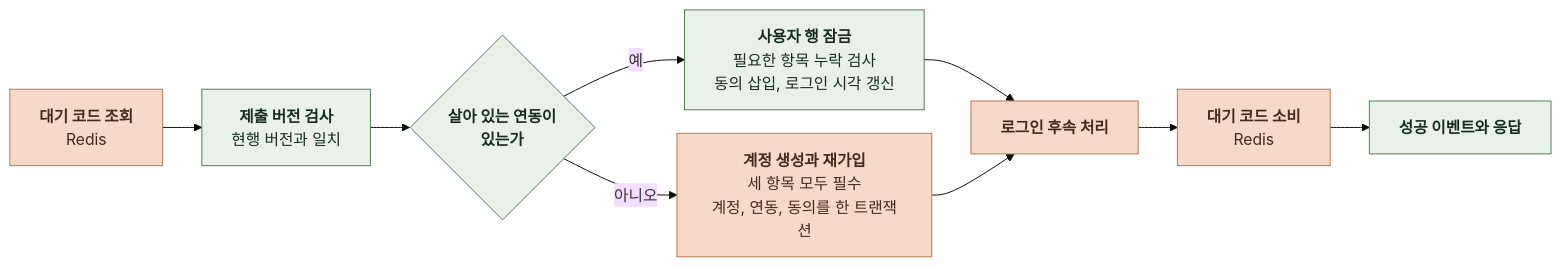
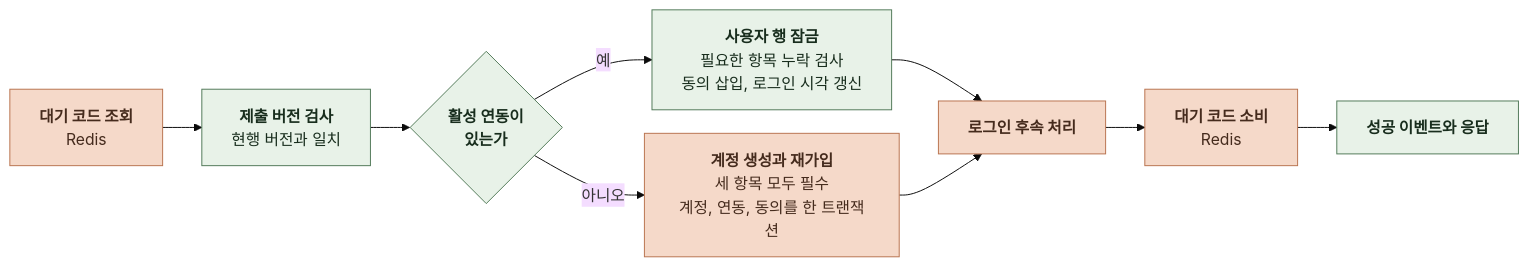
Before and after one commit to KIM-N-KANG/knk-harness: the second of 16 diagrams in docs/domain/ACCOUNT/BACKEND/4-1-PIPELINES.md, drawn with Mermaid (base theme). The commit also changed other lines of this file and 4 other files, not shown here.

````diff
--- a/docs/domain/ACCOUNT/BACKEND/4-1-PIPELINES.md
+++ b/docs/domain/ACCOUNT/BACKEND/4-1-PIPELINES.md
@@ -70,24 +70,24 @@
 ```mermaid
 %%{init: {"flowchart": {"curve": "basis", "nodeSpacing": 24, "rankSpacing": 40}}}%%
 flowchart LR
     A["`**대기 코드 조회**
 Redis`"] --> B["`**제출 버전 검사**
 현행 버전과 일치`"]
-    B --> C{"`**살아 있는 연동이
+    B --> C{"`**활성 연동이
 있는가**`"}
     C -->|예| D["`**사용자 행 잠금**
 필요한 항목 누락 검사
 동의 삽입, 로그인 시각 갱신`"]
     C -->|아니오| E["`**계정 생성과 재가입**
 세 항목 모두 필수
 계정, 연동, 동의를 한 트랜잭션`"]
     D --> F["`**로그인 후속 처리**`"]
     E --> F
     F --> G["`**대기 코드 소비**
 Redis`"]
     G --> H["`**성공 이벤트와 응답**`"]
     classDef comp fill:#E8F2E8,stroke:#527A59,color:#182D1D
     classDef task fill:#F5D9C9,stroke:#B97450,color:#452B1D
     class B,C,D,H comp
     class A,E,F,G task
 ```
````
